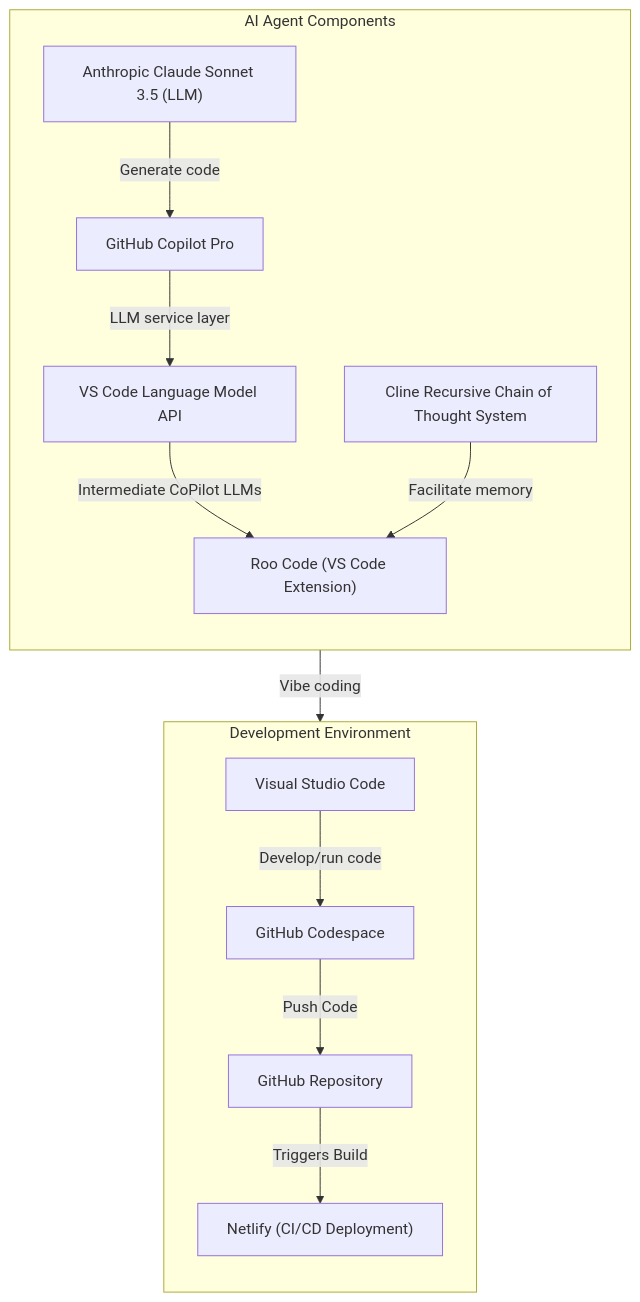
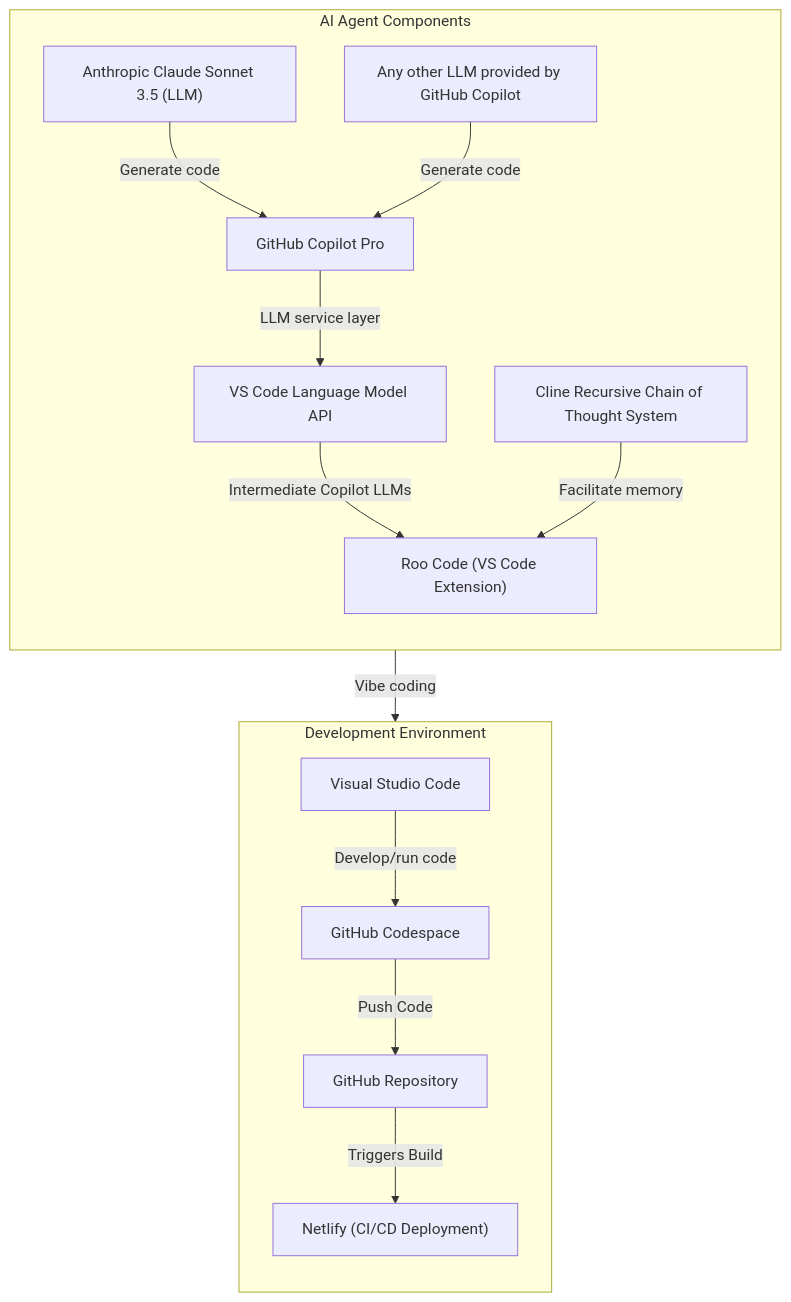
One commit to RickRinewalt/pipeline changed the diagram in README.md. Above: the diagram before and after it, drawn with Mermaid.

````diff
--- a/README.md
+++ b/README.md
@@ -18,30 +18,32 @@
 ```mermaid
 graph TB
     subgraph AI [AI Agent Components]
         direction TB
         roo["Roo Code (VS Code Extension)"]
         crct["Cline Recursive Chain of Thought System"]
         vscode_lmapi[VS Code Language Model API]
         github_copilot[GitHub Copilot Pro]
         sonnet["Anthropic Claude Sonnet 3.5 (LLM)"]
+        other_model[Any other LLM provided by GitHub Copilot]
     end
 
     subgraph DEV [Development Environment]
         direction TB
         vscode[Visual Studio Code]
         codespace[GitHub Codespace]
         github["GitHub Repository"]
         netlify["Netlify (CI/CD Deployment)"]
     end
 
     sonnet --> |Generate code| github_copilot
+    other_model --> |Generate code| github_copilot
     github_copilot --> |LLM service layer| vscode_lmapi
-    vscode_lmapi --> |Intermediate CoPilot LLMs| roo
+    vscode_lmapi --> |Intermediate Copilot LLMs| roo
     crct --> |Facilitate memory| roo
     roo --> |Vibe coding| codespace
 
     vscode --> |Develop/run code| codespace
     codespace --> |Push Code| github
     github --> |Triggers Build| netlify
 
 ```
````
